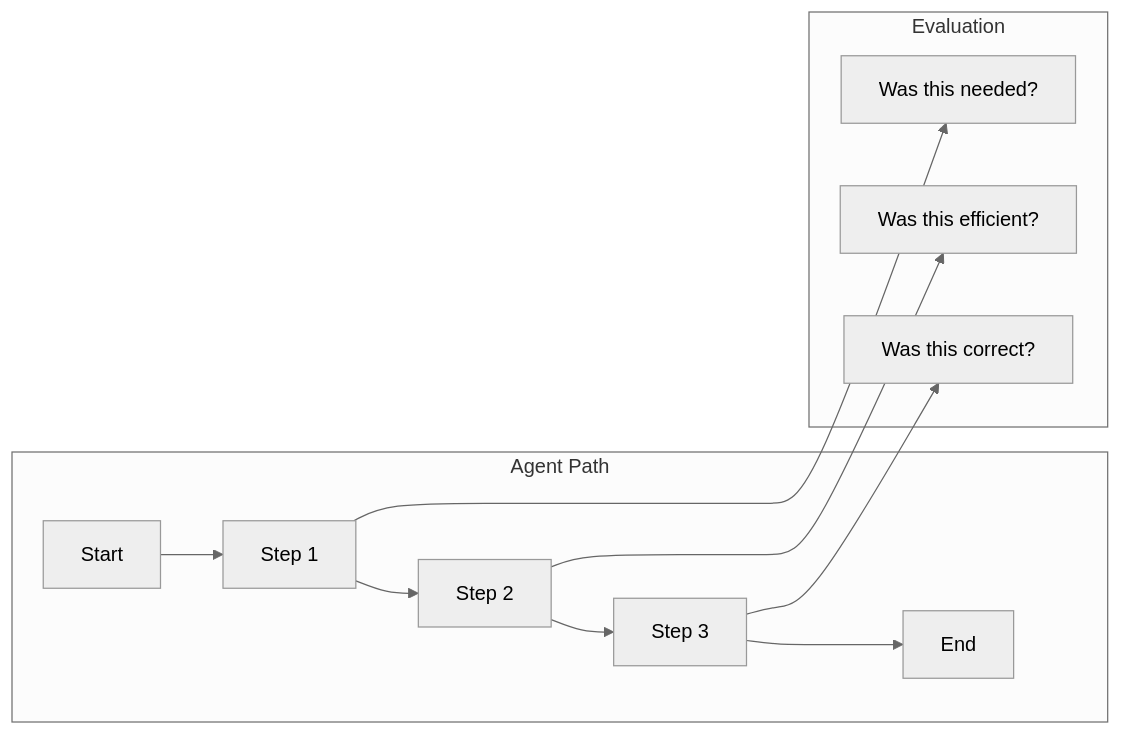
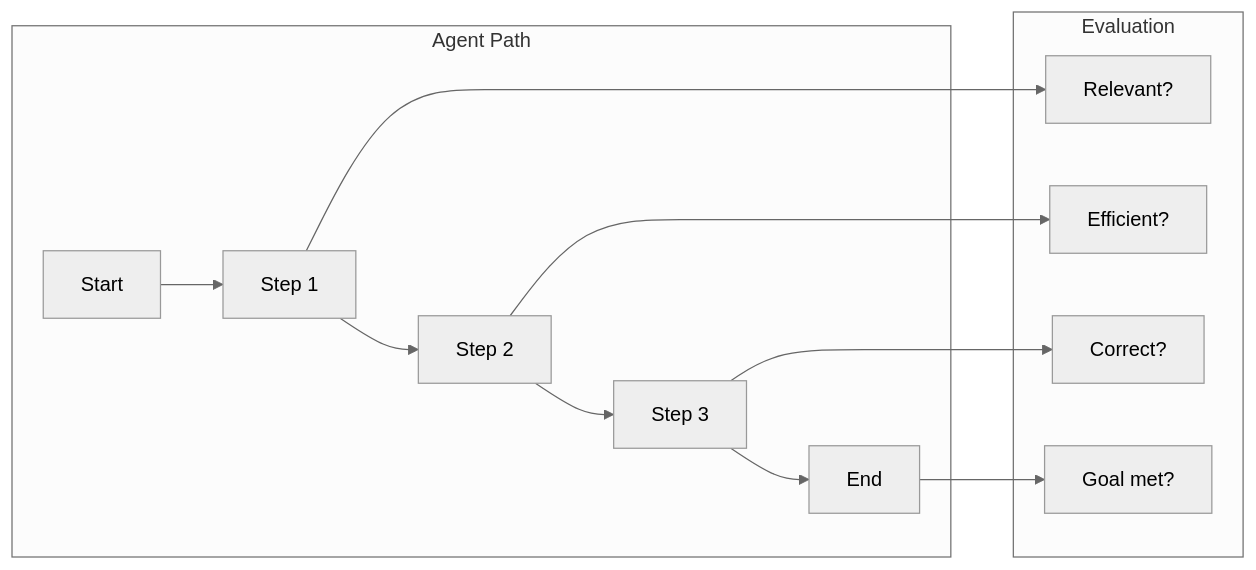
One commit to akshkr/akashnotes changed the first of 2 diagrams in Phase_5_Evaluation_and_Security/Day_061_trajectory_evaluation/trajectory_evaluation.md. Above: the diagram before and after it, drawn with Mermaid (neutral theme). The commit also changed other lines of this file and 95 other files, not shown here.

````diff
--- a/Phase_5_Evaluation_and_Security/Day_061_trajectory_evaluation/trajectory_evaluation.md
+++ b/Phase_5_Evaluation_and_Security/Day_061_trajectory_evaluation/trajectory_evaluation.md
@@ -11,15 +11,16 @@
 ```mermaid
 flowchart LR
     subgraph "Agent Path"
         S["Start"] --> A1["Step 1"]
         A1 --> A2["Step 2"]
         A2 --> A3["Step 3"]
         A3 --> E["End"]
     end
 
     subgraph "Evaluation"
-        A1 --> E1["Was this needed?"]
-        A2 --> E2["Was this efficient?"]
-        A3 --> E3["Was this correct?"]
+        A1 --> E1["Relevant?"]
+        A2 --> E2["Efficient?"]
+        A3 --> E3["Correct?"]
+        E --> E4["Goal met?"]
     end
 ```
````
